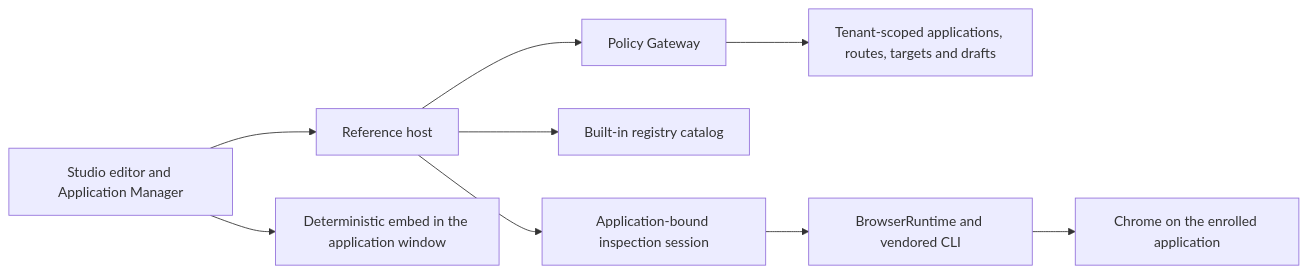
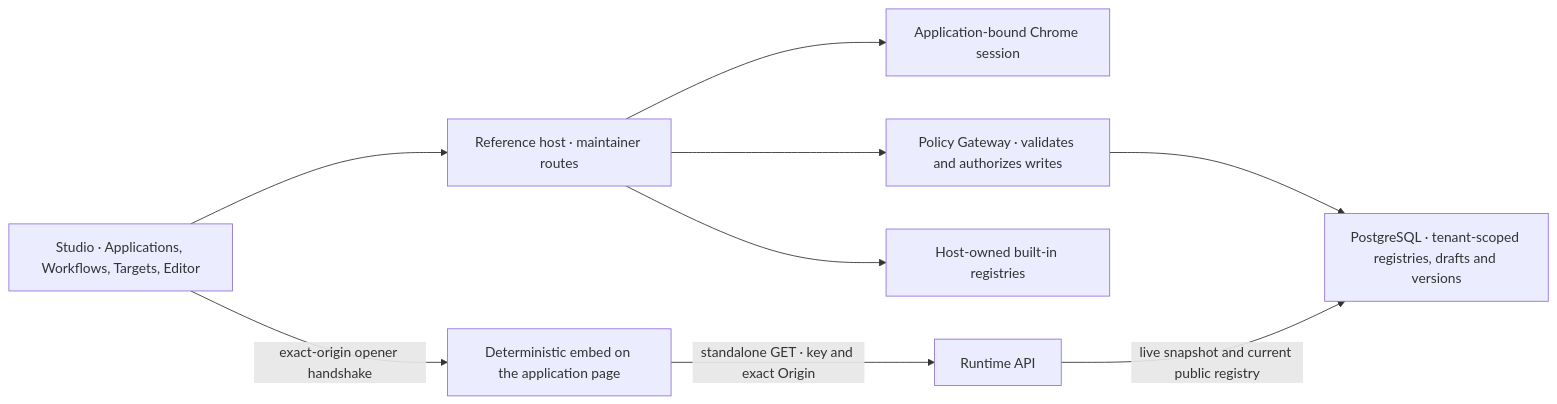
Before and after one commit to Ulmj7/Simplism-DAP-: the first of 2 diagrams in docs/studio-v1.md, drawn with Mermaid. The commit also changed other lines of this file and 3 other files, not shown here.

Commit message:
docs(studio): document authoring and standalone delivery

````diff
--- a/docs/studio-v1.md
+++ b/docs/studio-v1.md
@@ -7,11 +7,12 @@
 ```mermaid
 flowchart LR
-    UI["Studio editor and Application Manager"] --> Host["Reference host"]
-    Host --> Gateway["Policy Gateway"]
-    Gateway --> DB["Tenant-scoped applications, routes, targets and drafts"]
-    Host --> Catalog["Built-in registry catalog"]
-    Host --> Session["Application-bound inspection session"]
-    Session --> Adapter["BrowserRuntime and vendored CLI"]
-    Adapter --> Chrome["Chrome on the enrolled application"]
-    UI --> Embed["Deterministic embed in the application window"]
+    Studio["Studio · Applications, Workflows, Targets, Editor"]
+    Studio --> API["Reference host · maintainer routes"]
+    API --> Browser["Application-bound Chrome session"]
+    API --> Gateway["Policy Gateway · validates and authorizes writes"]
+    Gateway --> Database["PostgreSQL · tenant-scoped registries, drafts and versions"]
+    API --> Catalog["Host-owned built-in registries"]
+    Studio -->|exact-origin opener handshake| Embed["Deterministic embed on the application page"]
+    Embed -->|standalone GET · key and exact Origin| Runtime["Runtime API"]
+    Runtime -->|live snapshot and current public registry| Database
 ```
````
